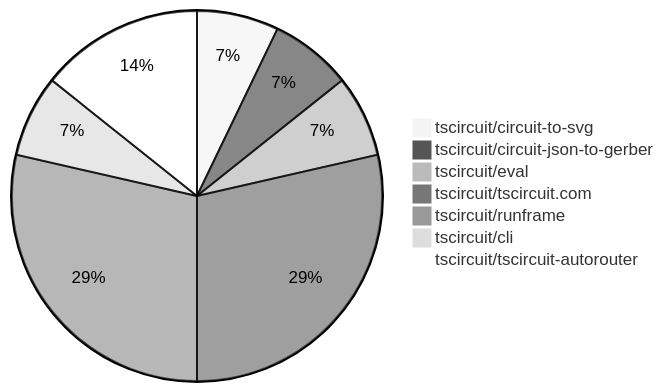
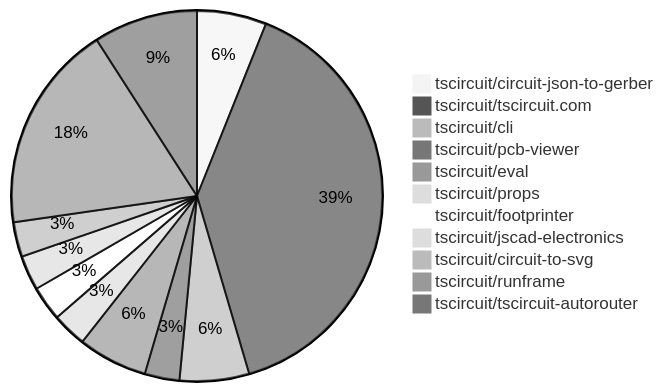
Before and after one commit to tscircuit/contribution-tracker: the diagram in contribution-overviews/2025-05-07.md, drawn with Mermaid (neutral theme). The commit also changed other lines of this file and 3 other files, not shown here.

````diff
--- a/contribution-overviews/2025-05-07.md
+++ b/contribution-overviews/2025-05-07.md
@@ -5,10 +5,14 @@
 ```mermaid
 pie
+    "tscircuit/circuit-json-to-gerber" : 2
+    "tscircuit/tscircuit.com" : 13
+    "tscircuit/cli" : 2
+    "tscircuit/pcb-viewer" : 1
+    "tscircuit/eval" : 2
+    "tscircuit/props" : 1
+    "tscircuit/footprinter" : 1
+    "tscircuit/jscad-electronics" : 1
     "tscircuit/circuit-to-svg" : 1
-    "tscircuit/circuit-json-to-gerber" : 1
-    "tscircuit/eval" : 1
-    "tscircuit/tscircuit.com" : 4
-    "tscircuit/runframe" : 4
-    "tscircuit/cli" : 1
-    "tscircuit/tscircuit-autorouter" : 2
+    "tscircuit/runframe" : 6
+    "tscircuit/tscircuit-autorouter" : 3
 ```
````
